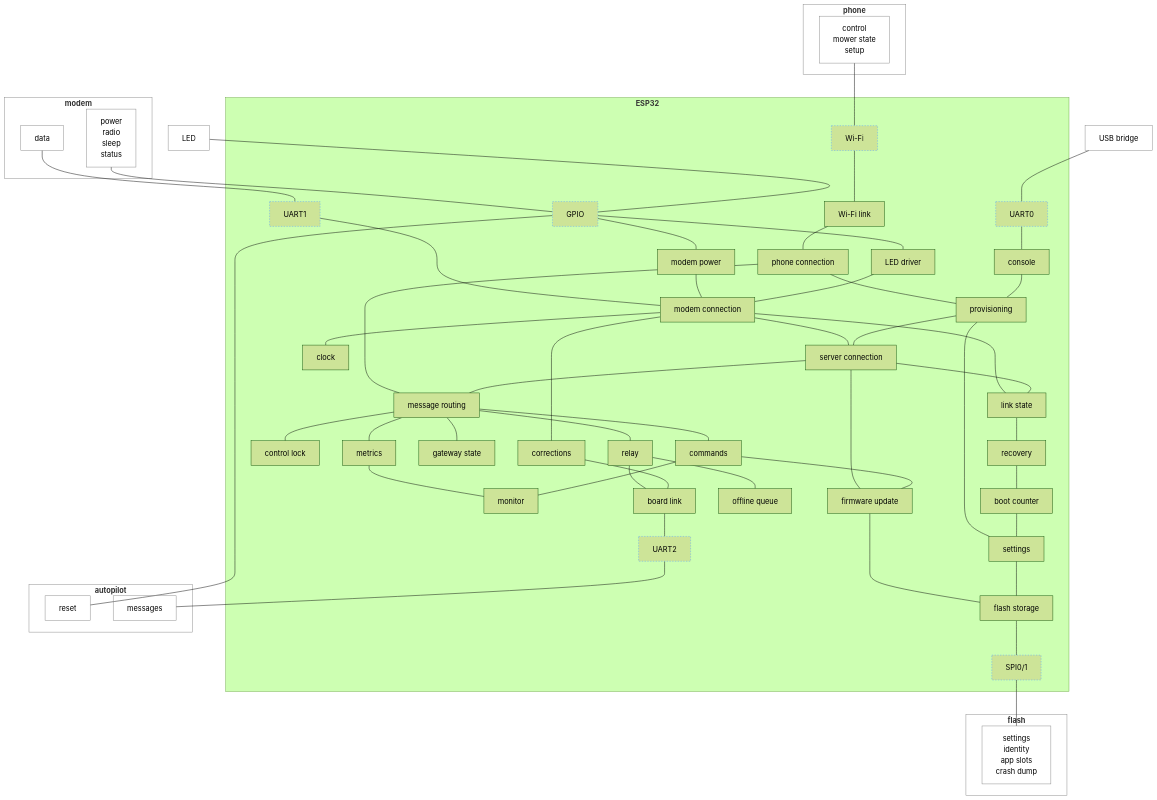
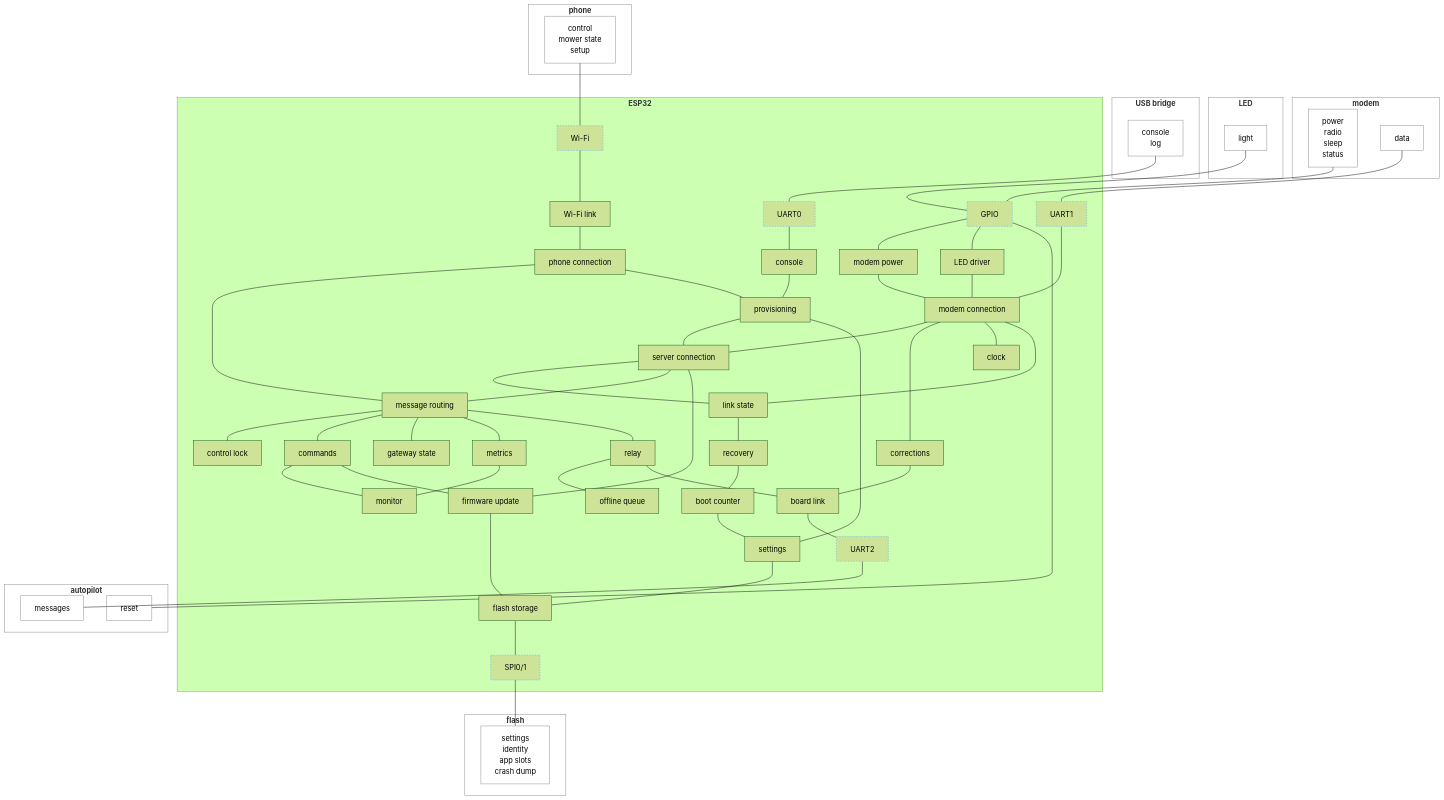
The diagram in .esp-architecture/diagrams/block-draft.md (rmx-lt/rmx-mower-gateway), drawn with Mermaid (forest theme) before and after one commit.

Commit message:
Draft: LED and USB bridge parts

````diff
--- a/.esp-architecture/diagrams/block-draft.md
+++ b/.esp-architecture/diagrams/block-draft.md
@@ -8,11 +8,15 @@
     mctl["power<br/>radio<br/>sleep<br/>status"]
     mdata["data"]
   end
-  led["LED"]
+  subgraph led["<b>LED</b>"]
+    lparts["light"]
+  end
   subgraph ph["<b>phone</b>"]
     pparts["control<br/>mower state<br/>setup"]
   end
-  usb["USB bridge"]
+  subgraph usb["<b>USB bridge</b>"]
+    uparts["console<br/>log"]
+  end
   subgraph cpu["<b>ESP32</b>"]
     u1["UART1"]
     gp["GPIO"]
@@ -55,11 +59,11 @@
   end
   mdata --- u1 --- conn
   mctl --- gp
-  led --- gp
+  lparts --- gp
   gp --- pwr --- conn
   gp --- ledd --- conn
   pparts --- wf --- wl
-  usb --- u0 --- con
+  uparts --- u0 --- con
   wl --- phc
   phc --- msg
   phc --- prov
@@ -95,5 +99,5 @@
   classDef bus stroke:#58a6ff,stroke-dasharray:3 3
   class u1,gp,u2,wf,u0,sp bus
   classDef device fill:none,stroke:#888
-  class modem,mdata,mctl,led,ap,amsg,areset,ph,pparts,usb,fl,fparts device
+  class modem,mdata,mctl,led,lparts,ap,amsg,areset,ph,pparts,usb,uparts,fl,fparts device
 ```
````
